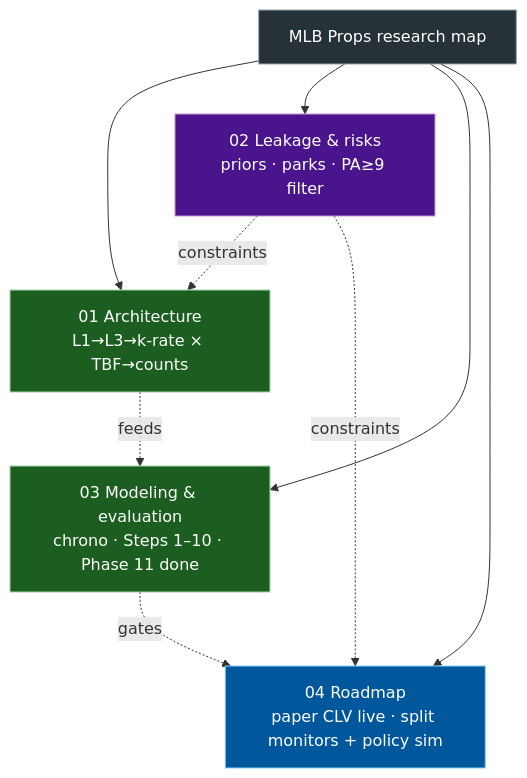
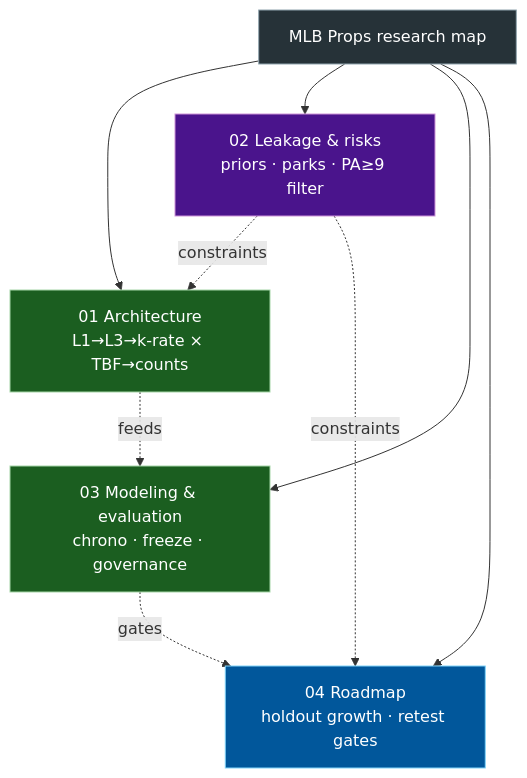
Before and after one commit to Cbkaplinger/MLB-Props: the diagram in docs/diagrams/00-index.md, drawn with Mermaid. The commit also changed other lines of this file and 55 other files, not shown here.

````diff
--- a/docs/diagrams/00-index.md
+++ b/docs/diagrams/00-index.md
@@ -6,26 +6,26 @@
 ```mermaid
 flowchart TB
   classDef built fill:#1b5e20,stroke:#a5d6a7,color:#fff
   classDef partial fill:#e65100,stroke:#ffcc80,color:#fff
   classDef missing fill:#b71c1c,stroke:#ef9a9a,color:#fff
   classDef risk fill:#4a148c,stroke:#ce93d8,color:#fff
   classDef next fill:#01579b,stroke:#81d4fa,color:#fff
   classDef index fill:#263238,stroke:#90a4ae,color:#fff
 
   IDX["MLB Props research map"]:::index
 
   A["01 Architecture<br/>L1→L3→k-rate × TBF→counts"]:::built
   B["02 Leakage & risks<br/>priors · parks · PA≥9 filter"]:::risk
-  C["03 Modeling & evaluation<br/>chrono · Steps 1–10 · Phase 11 done"]:::built
-  D["04 Roadmap<br/>paper CLV live · split monitors + policy sim"]:::next
+  C["03 Modeling & evaluation<br/>chrono · freeze · governance"]:::built
+  D["04 Roadmap<br/>holdout growth · retest gates"]:::next
 
   IDX --> A
   IDX --> B
   IDX --> C
   IDX --> D
 
   A -.->|"feeds"| C
   B -.->|"constraints"| A
   B -.->|"constraints"| D
   C -.->|"gates"| D
 ```
````
